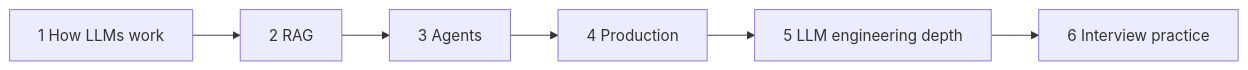
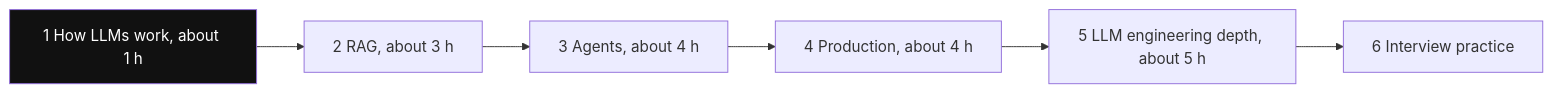
The second of 2 diagrams in content-en/11-agentic/00-start-here.md (flow6979/viewinter), drawn with Mermaid before and after one commit. The commit also changed other lines of this file and 85 other files, not shown here.

First line of the commit message:
AI + RAG content: add diagrams across every page (196 -> 513)

````diff
--- a/content-en/11-agentic/00-start-here.md
+++ b/content-en/11-agentic/00-start-here.md
@@ -30,8 +42,10 @@
 ```mermaid
 flowchart LR
-    S1["1 How LLMs work"] --> S2["2 RAG"]
-    S2 --> S3["3 Agents"]
-    S3 --> S4["4 Production"]
-    S4 --> S5["5 LLM engineering depth"]
+    S1["1 How LLMs work, about 1 h"]:::hot --> S2["2 RAG, about 3 h"]
+    S2 --> S3["3 Agents, about 4 h"]
+    S3 --> S4["4 Production, about 4 h"]
+    S4 --> S5["5 LLM engineering depth, about 5 h"]
     S5 --> S6["6 Interview practice"]
+    classDef hot fill:#111,color:#fff
+    classDef dim fill:#fff
 ```
````
